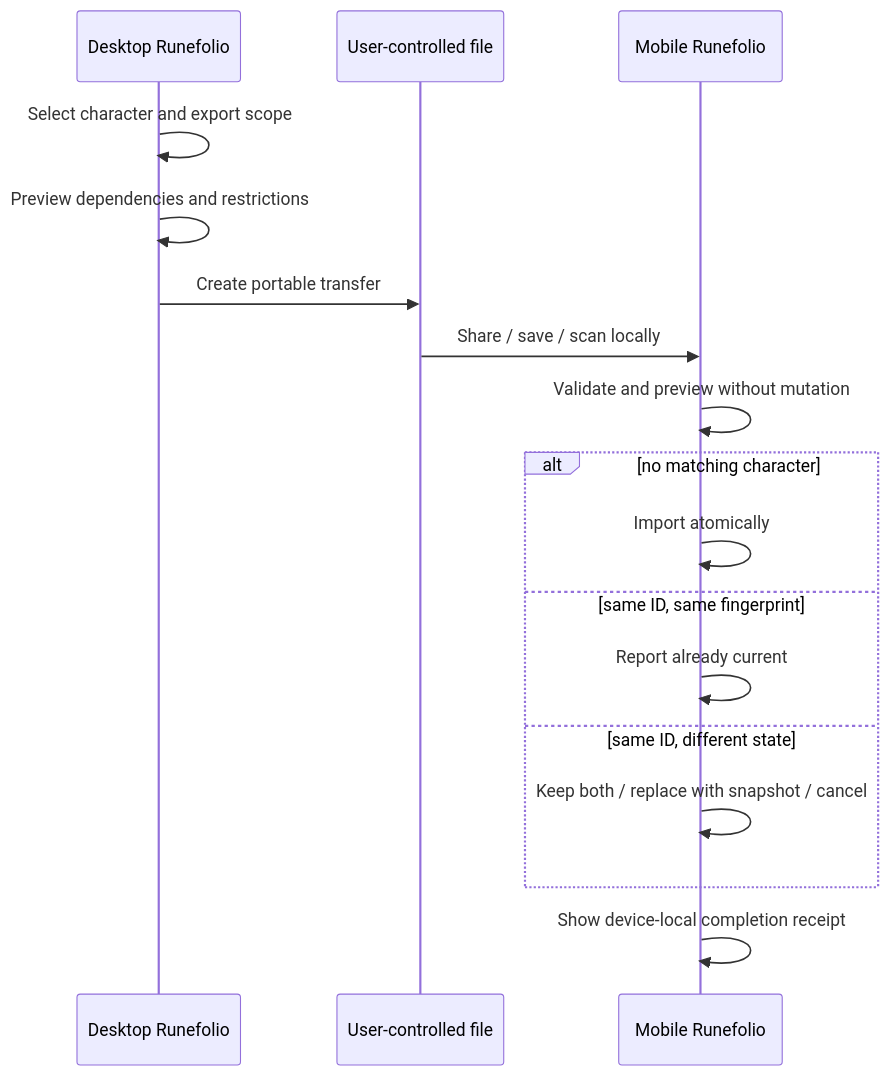
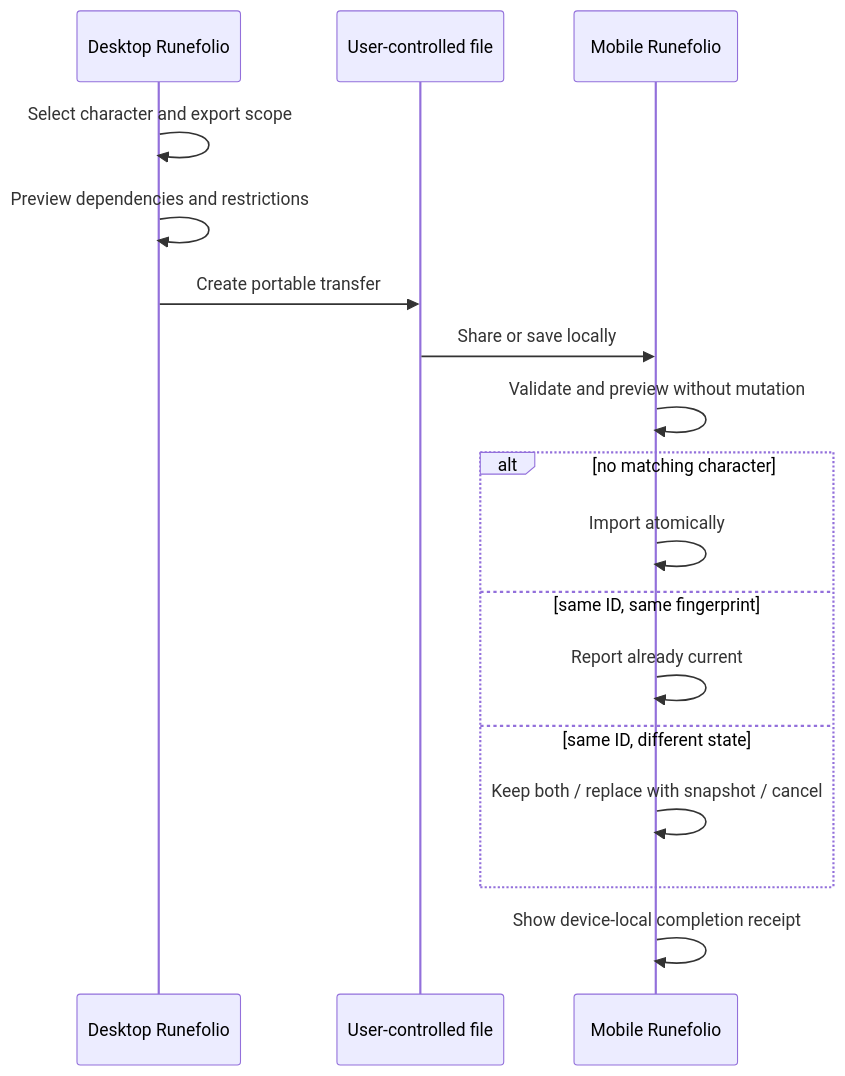
Before and after one commit to Algolon/adventurer-ledger: the second of 2 diagrams in docs/product/INFORMATION_ARCHITECTURE.md, drawn with Mermaid. The commit also changed other lines of this file and 13 other files, not shown here.

````diff
--- a/docs/product/INFORMATION_ARCHITECTURE.md
+++ b/docs/product/INFORMATION_ARCHITECTURE.md
@@ -161,19 +163,19 @@
 ```mermaid
 sequenceDiagram
   participant PC as Desktop Runefolio
   participant File as User-controlled file
   participant Phone as Mobile Runefolio
   PC->>PC: Select character and export scope
   PC->>PC: Preview dependencies and restrictions
   PC->>File: Create portable transfer
-  File->>Phone: Share / save / scan locally
+  File->>Phone: Share or save locally
   Phone->>Phone: Validate and preview without mutation
   alt no matching character
     Phone->>Phone: Import atomically
   else same ID, same fingerprint
     Phone->>Phone: Report already current
   else same ID, different state
     Phone->>Phone: Keep both / replace with snapshot / cancel
   end
   Phone->>Phone: Show device-local completion receipt
 ```
````
